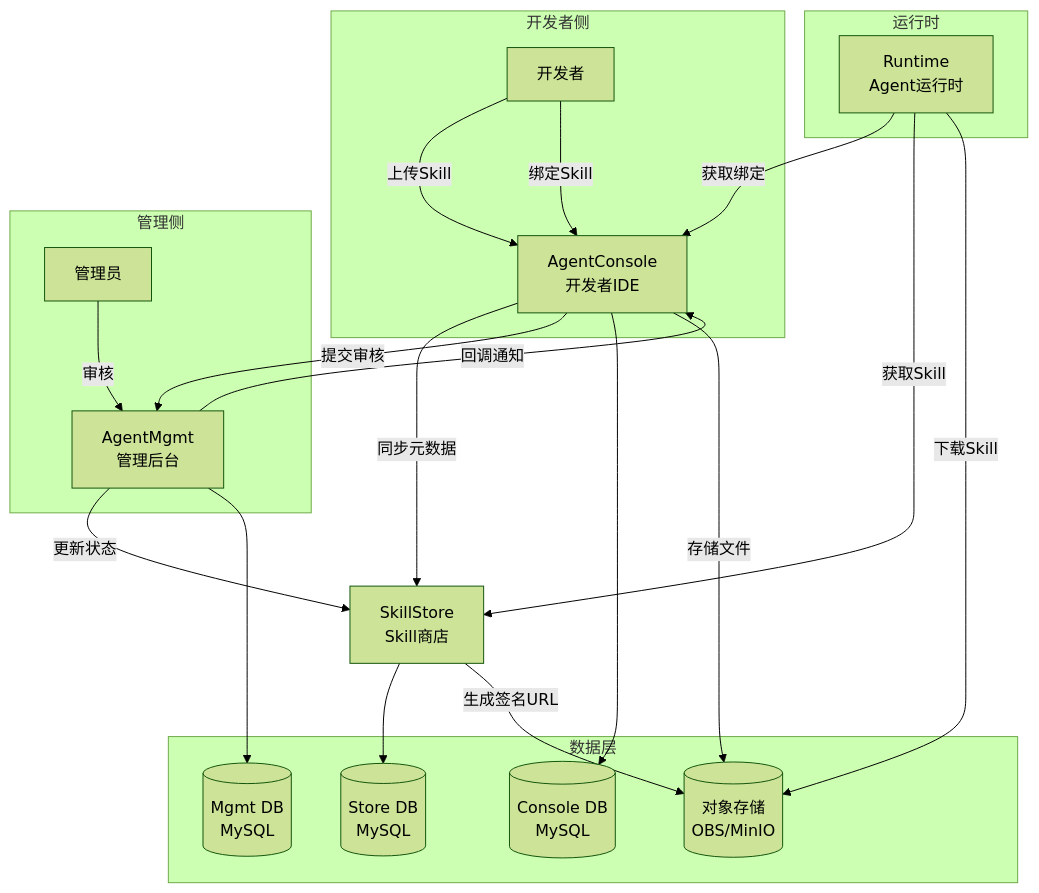
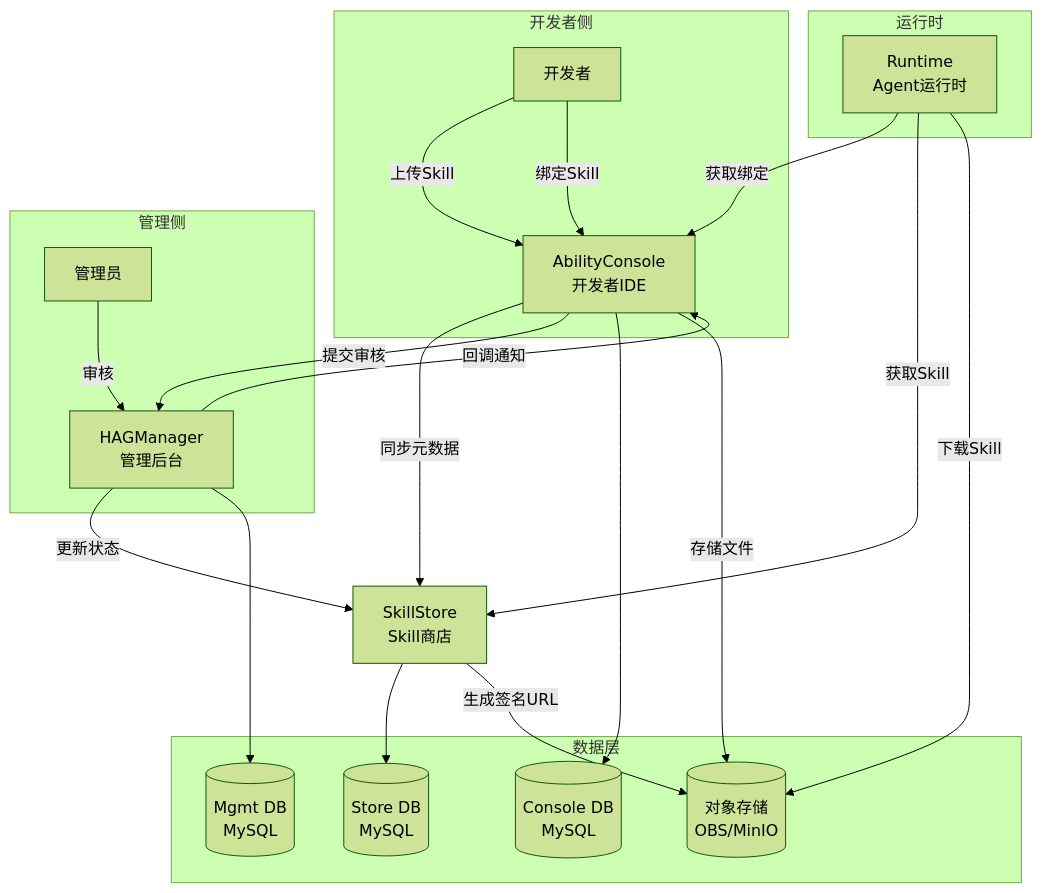
Before and after one commit to jinyule/xiaoyi-skill-mgmt: the first of 7 diagrams in structured-giggling-prism.md, drawn with Mermaid (forest theme). The commit also changed other lines of this file and 5 other files, not shown here.

````diff
--- a/structured-giggling-prism.md
+++ b/structured-giggling-prism.md
@@ -11,44 +11,44 @@
 ```mermaid
 graph TB
     subgraph "开发者侧"
         Dev[开发者]
-        AC[AgentConsole<br/>开发者IDE]
+        AC[AbilityConsole<br/>开发者IDE]
     end
 
     subgraph "管理侧"
         Admin[管理员]
-        AM[AgentMgmt<br/>管理后台]
+        AM[HAGManager<br/>管理后台]
     end
 
     subgraph "运行时"
         RT[Runtime<br/>Agent运行时]
     end
 
     subgraph "数据层"
         ACDB[(Console DB<br/>MySQL)]
         AMDB[(Mgmt DB<br/>MySQL)]
         SSDB[(Store DB<br/>MySQL)]
         OBS[(对象存储<br/>OBS/MinIO)]
     end
 
     SS[SkillStore<br/>Skill商店]
 
     Dev -->|上传Skill| AC
     Dev -->|绑定Skill| AC
     Admin -->|审核| AM
     RT -->|获取绑定| AC
     RT -->|获取Skill| SS
 
     AC -->|同步元数据| SS
     AC -->|提交审核| AM
     AM -->|更新状态| SS
     AM -->|回调通知| AC
 
     AC --> ACDB
     AM --> AMDB
     SS --> SSDB
 
     AC -->|存储文件| OBS
     SS -->|生成签名URL| OBS
     RT -->|下载Skill| OBS
 ```
````
